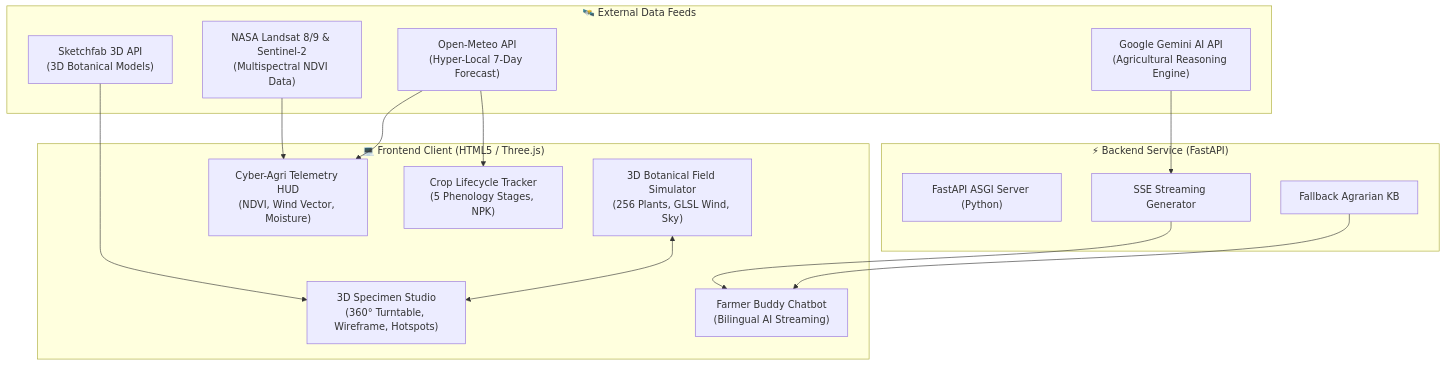
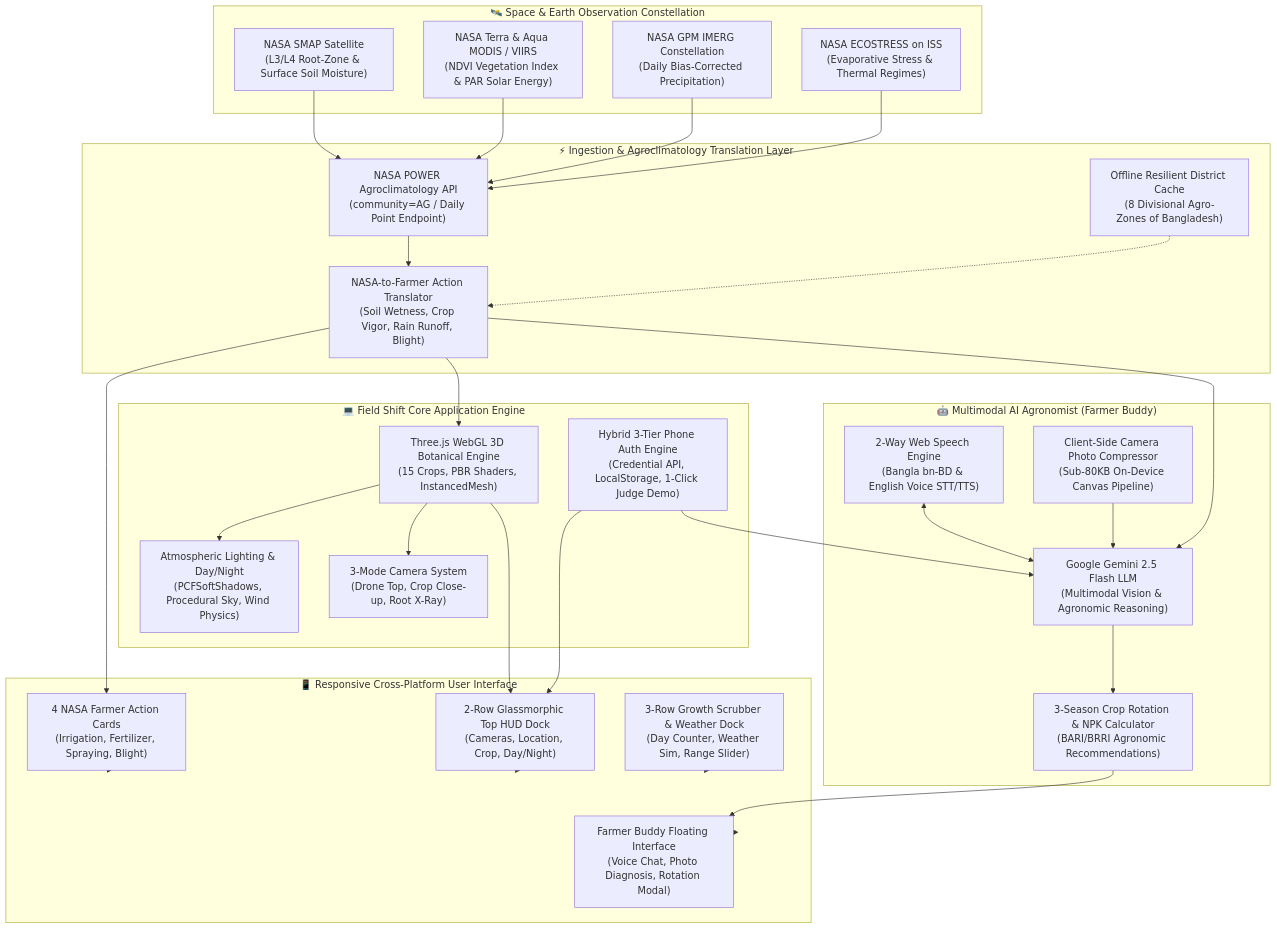
The diagram in README.md (G-Sadi/Nasa-Space-Apps-Challenge-website), drawn with Mermaid before and after one commit. The commit also changed other lines of this file, not shown here.

Commit message:
docs: comprehensive NASA Space Apps 2026 judge-winning README for Field Shift by Team ASL Spectra

````diff
--- a/README.md
+++ b/README.md
@@ -95,31 +165,66 @@
 ```mermaid
-flowchart TD
-    subgraph DataSources["🛰️ External Data Feeds"]
-        NASA["NASA Landsat 8/9 & Sentinel-2<br/>(Multispectral NDVI Data)"]
-        Weather["Open-Meteo API<br/>(Hyper-Local 7-Day Forecast)"]
-        Gemini["Google Gemini AI API<br/>(Agricultural Reasoning Engine)"]
-        Sketchfab["Sketchfab 3D API<br/>(3D Botanical Models)"]
+graph TD
+    subgraph SpaceLayer["🛰️ Space & Earth Observation Constellation"]
+        SMAP["NASA SMAP Satellite<br/>(L3/L4 Root-Zone & Surface Soil Moisture)"]
+        MODIS["NASA Terra & Aqua MODIS / VIIRS<br/>(NDVI Vegetation Index & PAR Solar Energy)"]
+        GPM["NASA GPM IMERG Constellation<br/>(Daily Bias-Corrected Precipitation)"]
+        ECOSTRESS["NASA ECOSTRESS on ISS<br/>(Evaporative Stress & Thermal Regimes)"]
     end
 
-    subgraph Backend["⚡ Backend Service (FastAPI)"]
-        APIServer["FastAPI ASGI Server (Python)"]
-        AIStreamer["SSE Streaming Generator"]
-        OfflineCache["Fallback Agrarian KB"]
+    subgraph DataIngestion["⚡ Ingestion & Agroclimatology Translation Layer"]
+        NASA_API["NASA POWER Agroclimatology API<br/>(community=AG / Daily Point Endpoint)"]
+        DistrictCache["Offline Resilient District Cache<br/>(8 Divisional Agro-Zones of Bangladesh)"]
+        Translator["NASA-to-Farmer Action Translator<br/>(Soil Wetness, Crop Vigor, Rain Runoff, Blight)"]
     end
 
-    subgraph Frontend["💻 Frontend Client (HTML5 / Three.js)"]
-        SimEngine["3D Botanical Field Simulator<br/>(256 Plants, GLSL Wind, Sky)"]
-        Studio["3D Specimen Studio<br/>(360° Turntable, Wireframe, Hotspots)"]
-        HUD["Cyber-Agri Telemetry HUD<br/>(NDVI, Wind Vector, Moisture)"]
-        ChatWidget["Farmer Buddy Chatbot<br/>(Bilingual AI Streaming)"]
-        LifecycleTracker["Crop Lifecycle Tracker<br/>(5 Phenology Stages, NPK)"]
+    subgraph CoreEngine["💻 Field Shift Core Application Engine"]
+        ThreeJS["Three.js WebGL 3D Botanical Engine<br/>(15 Crops, PBR Shaders, InstancedMesh)"]
+        CameraControl["3-Mode Camera System<br/>(Drone Top, Crop Close-up, Root X-Ray)"]
+        SkyLighting["Atmospheric Lighting & Day/Night<br/>(PCFSoftShadows, Procedural Sky, Wind Physics)"]
+        AuthEngine["Hybrid 3-Tier Phone Auth Engine<br/>(Credential API, LocalStorage, 1-Click Judge Demo)"]
     end
 
-    NASA --> HUD
-    Weather --> HUD
-    Weather --> LifecycleTracker
-    Gemini --> AIStreamer --> ChatWidget
-    OfflineCache --> ChatWidget
-    Sketchfab --> Studio
-    SimEngine <--> Studio
+    subgraph MultimodalAI["🤖 Multimodal AI Agronomist (Farmer Buddy)"]
+        Gemini["Google Gemini 2.5 Flash LLM<br/>(Multimodal Vision & Agronomic Reasoning)"]
+        VoiceEngine["2-Way Web Speech Engine<br/>(Bangla bn-BD & English Voice STT/TTS)"]
+        VisionCompress["Client-Side Camera Photo Compressor<br/>(Sub-80KB On-Device Canvas Pipeline)"]
+        RotationEngine["3-Season Crop Rotation & NPK Calculator<br/>(BARI/BRRI Agronomic Recommendations)"]
+    end
+
+    subgraph FarmerUI["📱 Responsive Cross-Platform User Interface"]
+        TopHUD["2-Row Glassmorphic Top HUD Dock<br/>(Cameras, Location, Crop, Day/Night)"]
+        TelemetryCards["4 NASA Farmer Action Cards<br/>(Irrigation, Fertilizer, Spraying, Blight)"]
+        BottomTimeline["3-Row Growth Scrubber & Weather Dock<br/>(Day Counter, Weather Sim, Range Slider)"]
+        AIAssistantUI["Farmer Buddy Floating Interface<br/>(Voice Chat, Photo Diagnosis, Rotation Modal)"]
+    end
+
+    %% Data Connections
+    SMAP --> NASA_API
+    MODIS --> NASA_API
+    GPM --> NASA_API
+    ECOSTRESS --> NASA_API
+
+    NASA_API --> Translator
+    DistrictCache -.-> Translator
+
+    Translator --> TelemetryCards
+    Translator --> ThreeJS
+    Translator --> Gemini
+
+    ThreeJS --> SkyLighting
+    ThreeJS --> CameraControl
+    ThreeJS --> TopHUD
+
+    AuthEngine --> TopHUD
+    AuthEngine --> Gemini
+
+    VisionCompress --> Gemini
+    VoiceEngine <--> Gemini
+    Gemini --> RotationEngine
+    RotationEngine --> AIAssistantUI
+
+    TelemetryCards --> FarmerUI
+    TopHUD --> FarmerUI
+    BottomTimeline --> FarmerUI
+    AIAssistantUI --> FarmerUI
 ```
````
